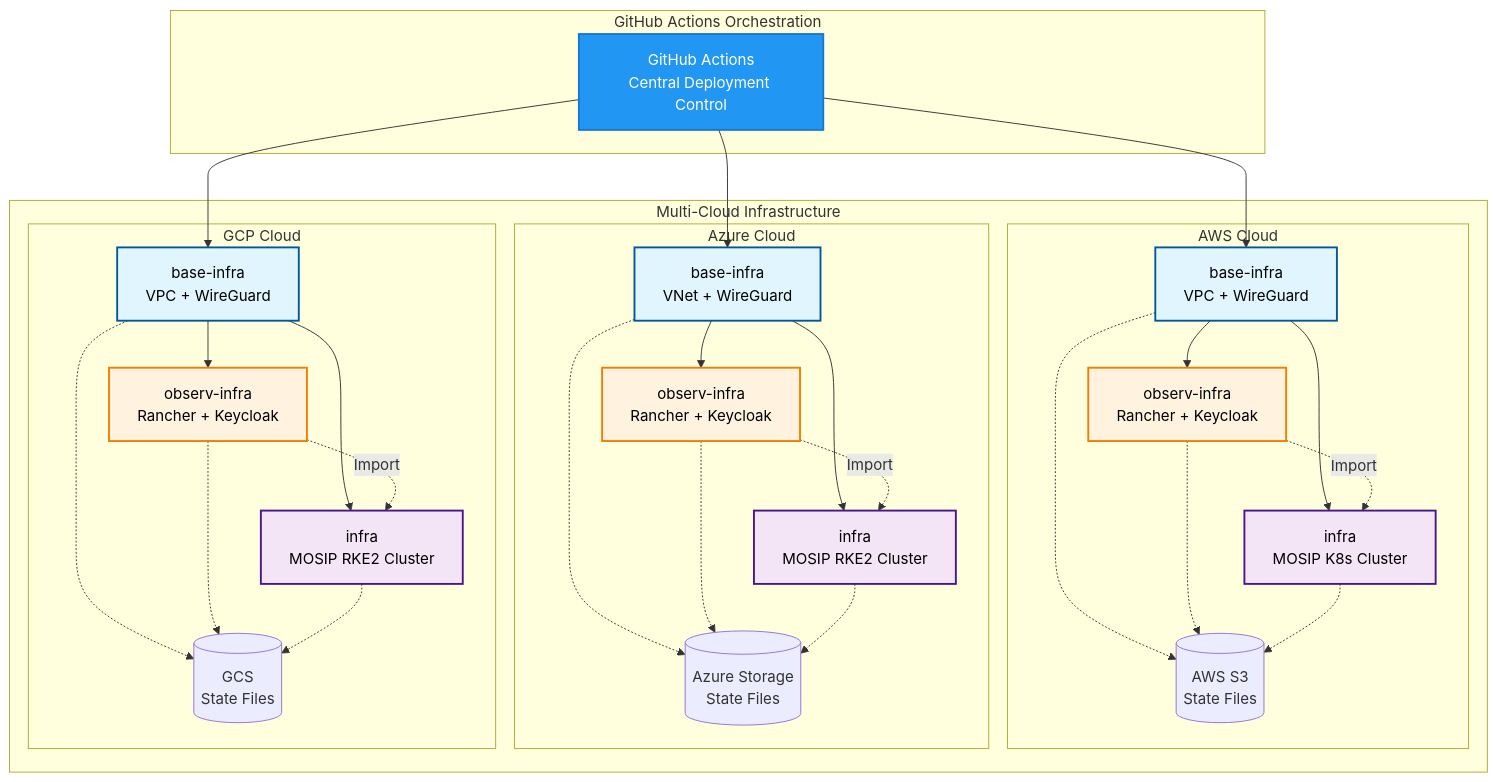
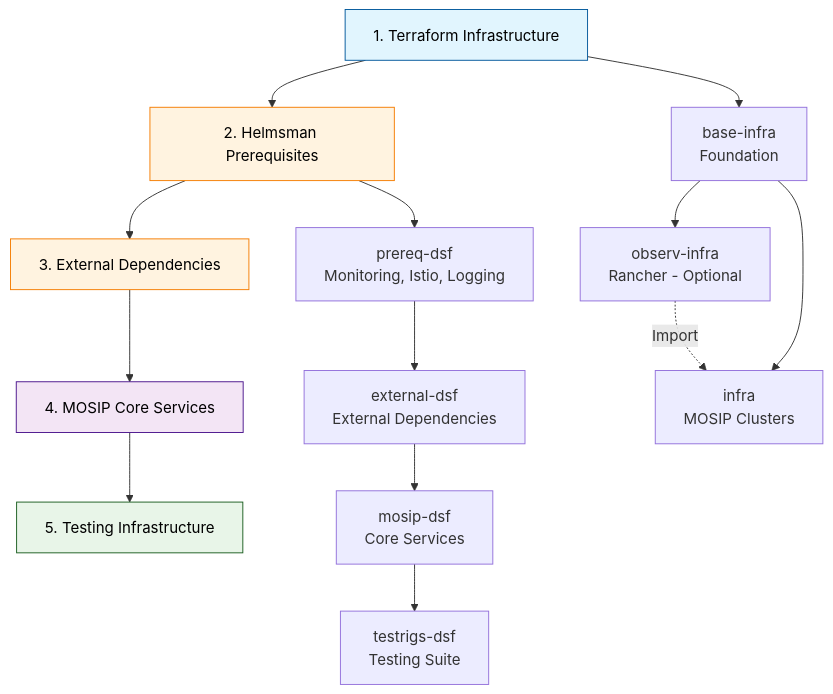
Before and after one commit to mosip/infra: the diagram in README.md, drawn with Mermaid. The commit also changed other lines of this file, not shown here.

Commit message:
[MOSIP-42519]updated root documentation

````diff
--- a/README.md
+++ b/README.md
@@ -17,65 +87,24 @@
 ```mermaid
-graph TB
-    subgraph "GitHub Actions Orchestration"
-        GHA[GitHub Actions<br/>Central Deployment Control]
-    end
+graph TD
+    A[1. Terraform Infrastructure] --> B[2. Helmsman Prerequisites]
+    B --> C[3. External Dependencies]
+    C --> D[4. MOSIP Core Services]
+    D --> E[5. Testing Infrastructure]
     
-    subgraph "Multi-Cloud Infrastructure"
-        subgraph "AWS Cloud"
-            AWS_BASE[base-infra<br/>VPC + WireGuard]
-            AWS_OBS[observ-infra<br/>Rancher + Keycloak]
-            AWS_INFRA[infra<br/>MOSIP K8s Cluster]
-            AWS_STATE[(AWS S3<br/>State Files)]
-        end
-        
-        subgraph "Azure Cloud"
-            AZ_BASE[base-infra<br/>VNet + WireGuard]
-            AZ_OBS[observ-infra<br/>Rancher + Keycloak]
-            AZ_INFRA[infra<br/>MOSIP RKE2 Cluster]
-            AZ_STATE[(Azure Storage<br/>State Files)]
-        end
-        
-        subgraph "GCP Cloud"
-            GCP_BASE[base-infra<br/>VPC + WireGuard]
-            GCP_OBS[observ-infra<br/>Rancher + Keycloak]
-            GCP_INFRA[infra<br/>MOSIP RKE2 Cluster]
-            GCP_STATE[(GCS<br/>State Files)]
-        end
-    end
+    A1[base-infra<br/>Foundation] --> A2[observ-infra<br/>Rancher - Optional]
+    A1 --> A3[infra<br/>MOSIP Clusters]
+    A2 -.->|Import| A3
     
-    GHA --> AWS_BASE
-    GHA --> AZ_BASE
-    GHA --> GCP_BASE
+    B1[prereq-dsf<br/>Monitoring, Istio, Logging] --> C1[external-dsf<br/>External Dependencies]
+    C1 --> D1[mosip-dsf<br/>Core Services]
+    D1 --> E1[testrigs-dsf<br/>Testing Suite]
     
-    AWS_BASE --> AWS_OBS
-    AWS_BASE --> AWS_INFRA
-    AWS_OBS -.->|Import| AWS_INFRA
-    AWS_BASE -.-> AWS_STATE
-    AWS_OBS -.-> AWS_STATE
-    AWS_INFRA -.-> AWS_STATE
+    A --> A1
+    B --> B1
     
-    AZ_BASE --> AZ_OBS
-    AZ_BASE --> AZ_INFRA
-    AZ_OBS -.->|Import| AZ_INFRA
-    AZ_BASE -.-> AZ_STATE
-    AZ_OBS -.-> AZ_STATE
-    AZ_INFRA -.-> AZ_STATE
-    
-    GCP_BASE --> GCP_OBS
-    GCP_BASE --> GCP_INFRA
-    GCP_OBS -.->|Import| GCP_INFRA
-    GCP_BASE -.-> GCP_STATE
-    GCP_OBS -.-> GCP_STATE
-    GCP_INFRA -.-> GCP_STATE
-    
-    style GHA fill:#2196F3,stroke:#1976D2,stroke-width:2px,color:#fff
-    style AWS_BASE fill:#e1f5fe,stroke:#01579b,stroke-width:2px,color:#000000
-    style AWS_OBS fill:#fff3e0,stroke:#f57c00,stroke-width:2px,color:#000000
-    style AWS_INFRA fill:#f3e5f5,stroke:#4a148c,stroke-width:2px,color:#000000
-    style AZ_BASE fill:#e1f5fe,stroke:#01579b,stroke-width:2px,color:#000000
-    style AZ_OBS fill:#fff3e0,stroke:#f57c00,stroke-width:2px,color:#000000
-    style AZ_INFRA fill:#f3e5f5,stroke:#4a148c,stroke-width:2px,color:#000000
-    style GCP_BASE fill:#e1f5fe,stroke:#01579b,stroke-width:2px,color:#000000
-    style GCP_OBS fill:#fff3e0,stroke:#f57c00,stroke-width:2px,color:#000000
-    style GCP_INFRA fill:#f3e5f5,stroke:#4a148c,stroke-width:2px,color:#000000
+    style A fill:#e1f5fe,stroke:#01579b,color:#000000
+    style B fill:#fff3e0,stroke:#f57c00,color:#000000
+    style C fill:#fff3e0,stroke:#f57c00,color:#000000
+    style D fill:#f3e5f5,stroke:#4a148c,color:#000000
+    style E fill:#e8f5e8,stroke:#1b5e20,color:#000000
 ```
````
